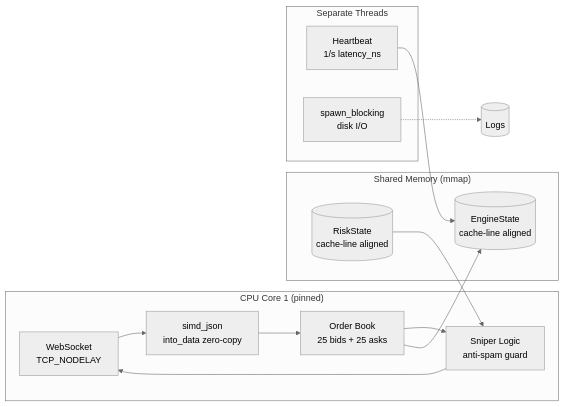
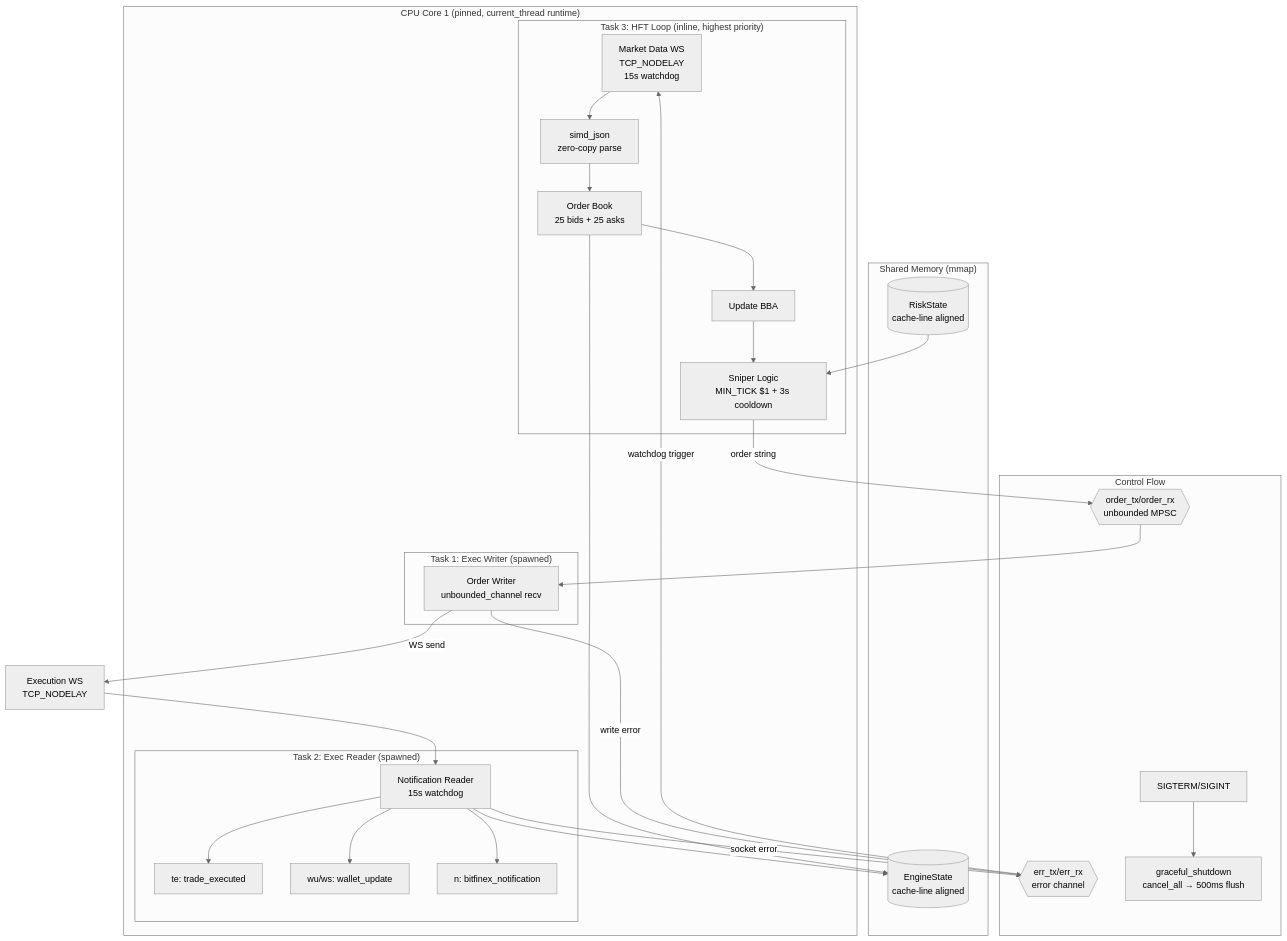
The diagram in ARCHITECTURE.md (VaclavSercl/sniper), drawn with Mermaid (neutral theme) before and after one commit. The commit also changed other lines of this file and 10 other files, not shown here.

First line of the commit message:
feat(core): v5.3 dual-WS + in-process watchdog + graceful shutdown

````diff
--- a/ARCHITECTURE.md
+++ b/ARCHITECTURE.md
@@ -7,24 +7,43 @@
 ```mermaid
-graph LR
-    subgraph "CPU Core 1 (pinned)"
-        WS[WebSocket<br/>TCP_NODELAY] --> PARSE[simd_json<br/>into_data zero-copy]
-        PARSE --> BOOK[Order Book<br/>25 bids + 25 asks]
-        BOOK --> SNIPER[Sniper Logic<br/>anti-spam guard]
-        SNIPER --> WS
+graph TB
+    subgraph "CPU Core 1 (pinned, current_thread runtime)"
+        subgraph "Task 3: HFT Loop (inline, highest priority)"
+            WS_PUB[Market Data WS<br/>TCP_NODELAY<br/>15s watchdog] --> PARSE[simd_json<br/>zero-copy parse]
+            PARSE --> BOOK[Order Book<br/>25 bids + 25 asks]
+            BOOK --> BBA[Update BBA]
+            BBA --> SNIPER[Sniper Logic<br/>MIN_TICK $1 + 3s cooldown]
+        end
+        subgraph "Task 1: Exec Writer (spawned)"
+            WRITER[Order Writer<br/>unbounded_channel recv]
+        end
+        subgraph "Task 2: Exec Reader (spawned)"
+            READER[Notification Reader<br/>15s watchdog] --> TE[te: trade_executed]
+            READER --> WU[wu/ws: wallet_update]
+            READER --> N[n: bitfinex_notification]
+        end
     end
-    
+
     subgraph "Shared Memory (mmap)"
         ES[(EngineState<br/>cache-line aligned)]
         RS[(RiskState<br/>cache-line aligned)]
     end
-    
-    subgraph "Separate Threads"
-        HB[Heartbeat<br/>1/s latency_ns]
-        BLK[spawn_blocking<br/>disk I/O]
+
+    subgraph "Control Flow"
+        ERR_CH{{err_tx/err_rx<br/>error channel}}
+        ORD_CH{{order_tx/order_rx<br/>unbounded MPSC}}
+        SIGTERM[SIGTERM/SIGINT] --> SHUTDOWN[graceful_shutdown<br/>cancel_all → 500ms flush]
     end
-    
+
+    SNIPER -->|order string| ORD_CH
+    ORD_CH --> WRITER
+    WRITER -->|WS send| WS_PRIV[Execution WS<br/>TCP_NODELAY]
+    WS_PRIV --> READER
+
     BOOK --> ES
+    READER --> ES
     RS --> SNIPER
-    HB --> ES
-    BLK -.-> DISK[(Logs)]
+
+    READER -->|socket error| ERR_CH
+    WRITER -->|write error| ERR_CH
+    ERR_CH -->|watchdog trigger| WS_PUB
 ```
````
